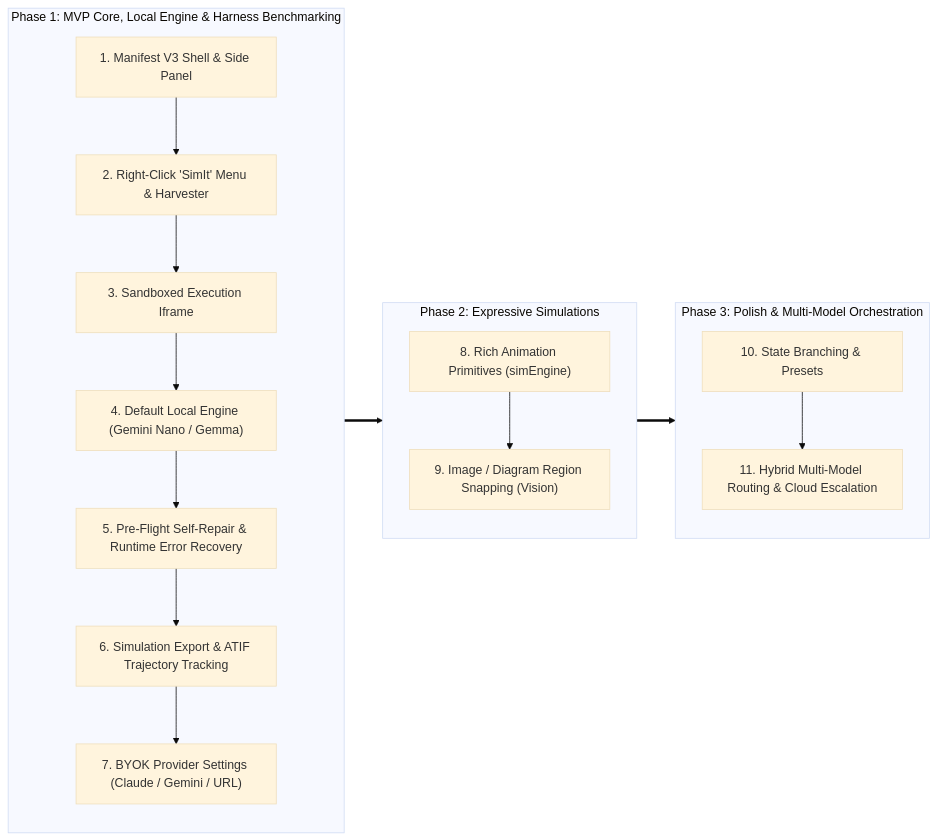
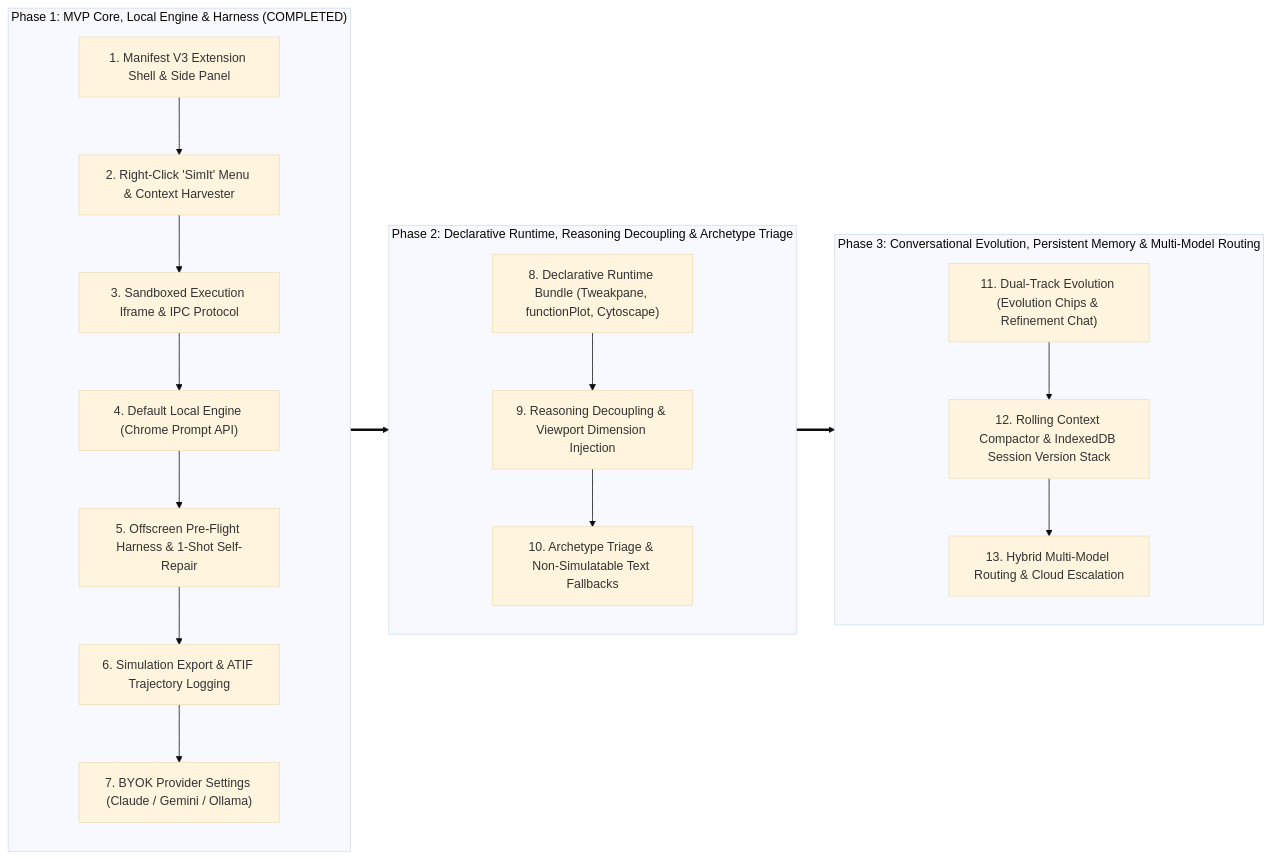
Before and after one commit to vmatrixdev/simit: the diagram in docs/product/roadmap.md, drawn with Mermaid (base theme). The commit also changed other lines of this file and 11 other files, not shown here.

Commit message:
docs & core: align specs with consolidated architecture and add dynamic viewport injection

````diff
--- a/docs/product/roadmap.md
+++ b/docs/product/roadmap.md
@@ -9,30 +9,32 @@
 ```mermaid
 flowchart LR
-    subgraph P1["Phase 1: MVP Core, Local Engine & Harness Benchmarking"]
+    subgraph P1["Phase 1: MVP Core, Local Engine & Harness (COMPLETED)"]
         direction TB
-        p1_1["1. Manifest V3 Shell & Side Panel"]
-        p1_2["2. Right-Click 'SimIt' Menu & Harvester"]
-        p1_3["3. Sandboxed Execution Iframe"]
-        p1_4["4. Default Local Engine (Gemini Nano / Gemma)"]
-        p1_5["5. Pre-Flight Self-Repair & Runtime Error Recovery"]
-        p1_6["6. Simulation Export & ATIF Trajectory Tracking"]
-        p1_7["7. BYOK Provider Settings (Claude / Gemini / URL)"]
+        p1_1["1. Manifest V3 Extension Shell & Side Panel"]
+        p1_2["2. Right-Click 'SimIt' Menu & Context Harvester"]
+        p1_3["3. Sandboxed Execution Iframe & IPC Protocol"]
+        p1_4["4. Default Local Engine (Chrome Prompt API)"]
+        p1_5["5. Offscreen Pre-Flight Harness & 1-Shot Self-Repair"]
+        p1_6["6. Simulation Export & ATIF Trajectory Logging"]
+        p1_7["7. BYOK Provider Settings (Claude / Gemini / Ollama)"]
         p1_1 --> p1_2 --> p1_3 --> p1_4 --> p1_5 --> p1_6 --> p1_7
     end
 
-    subgraph P2["Phase 2: Expressive Simulations"]
+    subgraph P2["Phase 2: Declarative Runtime, Reasoning Decoupling & Archetype Triage"]
         direction TB
-        p2_1["8. Rich Animation Primitives (simEngine)"]
-        p2_2["9. Image / Diagram Region Snapping (Vision)"]
-        p2_1 --> p2_2
+        p2_1["8. Declarative Runtime Bundle (Tweakpane, functionPlot, Cytoscape)"]
+        p2_2["9. Reasoning Decoupling & Viewport Dimension Injection"]
+        p2_3["10. Archetype Triage & Non-Simulatable Text Fallbacks"]
+        p2_1 --> p2_2 --> p2_3
     end
 
-    subgraph P3["Phase 3: Polish & Multi-Model Orchestration"]
+    subgraph P3["Phase 3: Conversational Evolution, Persistent Memory & Multi-Model Routing"]
         direction TB
-        p3_1["10. State Branching & Presets"]
-        p3_2["11. Hybrid Multi-Model Routing & Cloud Escalation"]
-        p3_1 --> p3_2
+        p3_1["11. Dual-Track Evolution (Evolution Chips & Refinement Chat)"]
+        p3_2["12. Rolling Context Compactor & IndexedDB Session Version Stack"]
+        p3_3["13. Hybrid Multi-Model Routing & Cloud Escalation"]
+        p3_1 --> p3_2 --> p3_3
     end
 
     P1 ==> P2 ==> P3
 ```
````
